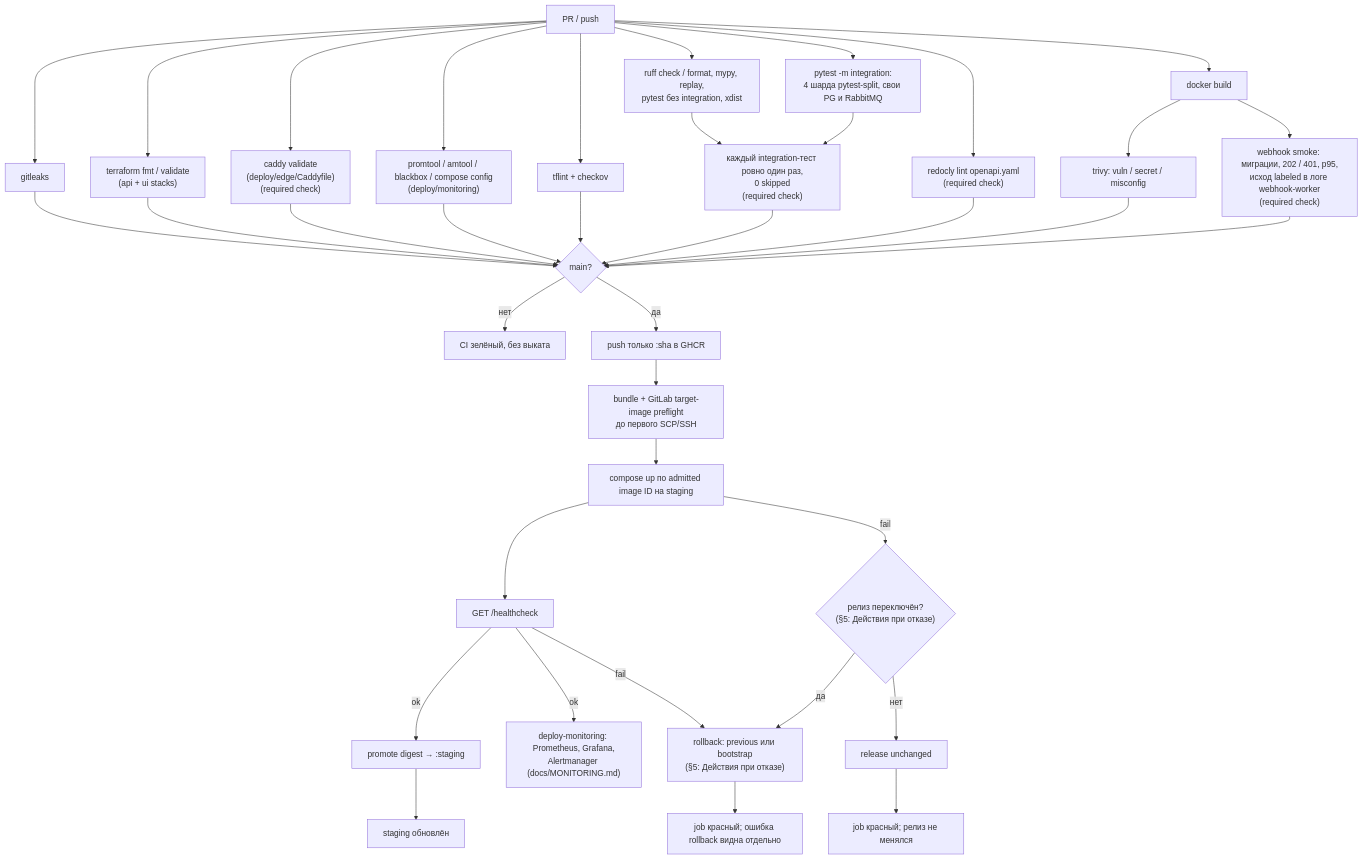
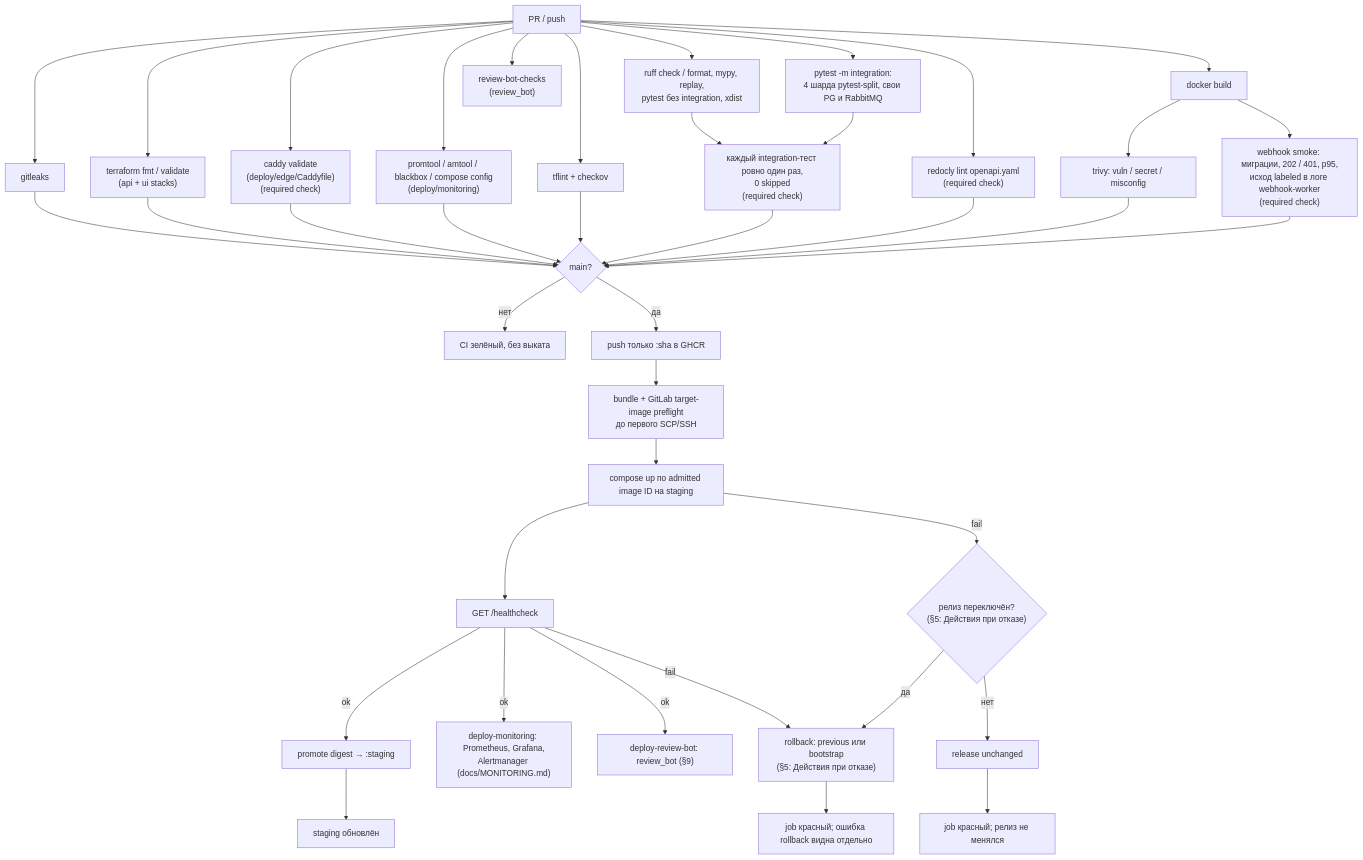
Before and after one commit to larchanka-training/dmc-268-api-t6: the diagram in docs/CICD.md, drawn with Mermaid. The commit also changed other lines of this file and 15 other files, not shown here.

Commit message:
fix(review-bot): address all review remarks and harden bot (Refs #601)

````diff
--- a/docs/CICD.md
+++ b/docs/CICD.md
@@ -15,39 +15,41 @@
 ```mermaid
 flowchart TD
   pr["PR / push"] --> secrets["gitleaks"]
   pr --> tf["terraform fmt / validate\n(api + ui stacks)"]
   pr --> caddy["caddy validate\n(deploy/edge/Caddyfile)\n(required check)"]
   pr --> mon["promtool / amtool / blackbox / compose config\n(deploy/monitoring)"]
+  pr --> rbc["review-bot-checks\n(review_bot)"]
   pr --> lint["tflint + checkov"]
   pr --> unit["ruff check / format, mypy, replay,\npytest без integration, xdist"]
   pr --> integ["pytest -m integration:\n4 шарда pytest-split, свои PG и RabbitMQ"]
   unit --> py["каждый integration-тест ровно один раз,\n0 skipped\n(required check)"]
   integ --> py
   pr --> oas["redocly lint openapi.yaml\n(required check)"]
   pr --> build["docker build"]
   build --> scan["trivy: vuln / secret / misconfig"]
   build --> smoke["webhook smoke: миграции, 202 / 401, p95,\nисход labeled в логе webhook-worker\n(required check)"]
   secrets --> gate{"main?"}
   py --> gate
   tf --> gate
   caddy --> gate
   mon --> gate
   lint --> gate
   scan --> gate
   oas --> gate
   smoke --> gate
   gate -->|нет| stop["CI зелёный, без выката"]
   gate -->|да| push["push только :sha в GHCR"]
   push --> admission["bundle + GitLab target-image preflight\nдо первого SCP/SSH"]
   admission --> deploy["compose up по admitted image ID на staging"]
   deploy --> health["GET /healthcheck"]
   health -->|ok| promote["promote digest → :staging"]
   promote --> done["staging обновлён"]
   health -->|ok| monitoring["deploy-monitoring: Prometheus, Grafana,\nAlertmanager (docs/MONITORING.md)"]
+  health -->|ok| review_bot["deploy-review-bot: review_bot (§9)"]
   health -->|fail| rb["rollback: previous или bootstrap\n(§5: Действия при отказе)"]
   deploy -->|fail| switched{"релиз переключён?\n(§5: Действия при отказе)"}
   switched -->|да| rb
   switched -->|нет| unchanged["release unchanged"]
   unchanged --> unchanged_fail["job красный; релиз не менялся"]
   rb --> fail["job красный; ошибка rollback видна отдельно"]
 ```
````
